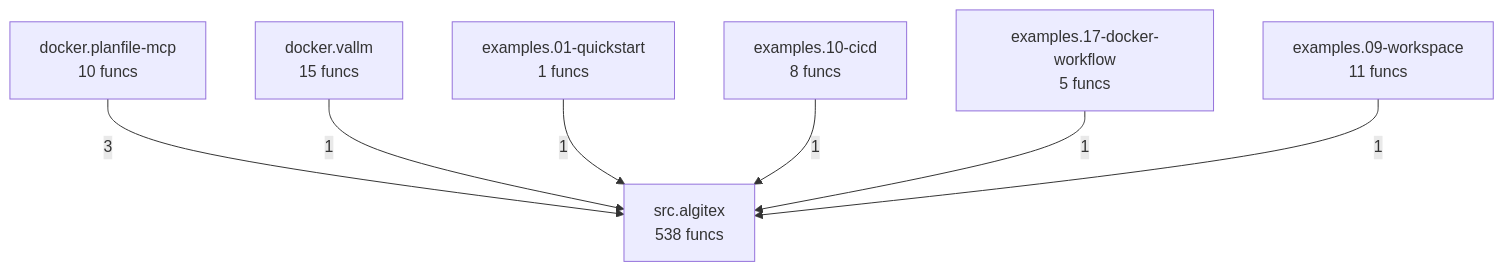
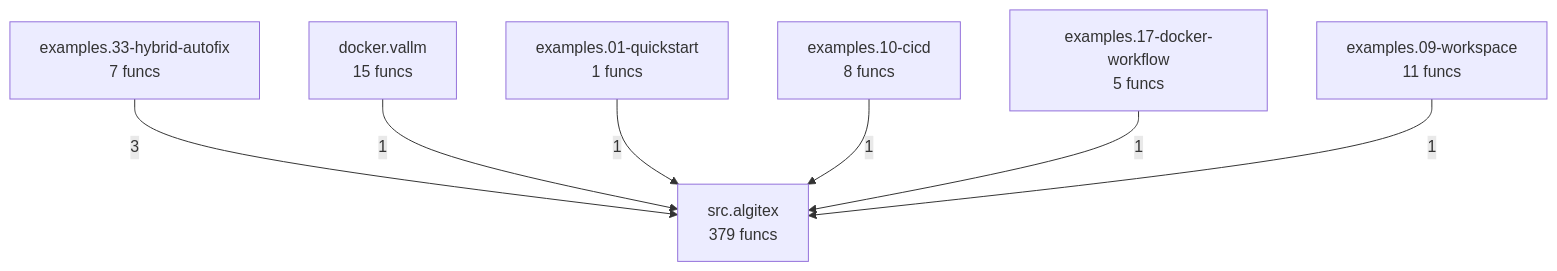
One commit to semcod/algitex changed the diagram in project/compact_flow.mmd. Above: the diagram before and after it, drawn with Mermaid. The commit also changed 19 other files, not shown here.

```diff
--- a/project/compact_flow.mmd
+++ b/project/compact_flow.mmd
@@ -1,14 +1,14 @@
 flowchart TD
-    docker__planfile_mcp["docker.planfile-mcp<br/>10 funcs"]
     docker__vallm["docker.vallm<br/>15 funcs"]
     examples__01_quickstart["examples.01-quickstart<br/>1 funcs"]
     examples__09_workspace["examples.09-workspace<br/>11 funcs"]
     examples__10_cicd["examples.10-cicd<br/>8 funcs"]
     examples__17_docker_workflow["examples.17-docker-workflow<br/>5 funcs"]
-    src__algitex["src.algitex<br/>538 funcs"]
-    docker__planfile_mcp -->|3| src__algitex
+    examples__33_hybrid_autofix["examples.33-hybrid-autofix<br/>7 funcs"]
+    src__algitex["src.algitex<br/>379 funcs"]
+    examples__33_hybrid_autofix -->|3| src__algitex
     docker__vallm -->|1| src__algitex
     examples__01_quickstart -->|1| src__algitex
     examples__10_cicd -->|1| src__algitex
     examples__17_docker_workflow -->|1| src__algitex
     examples__09_workspace -->|1| src__algitex
```
